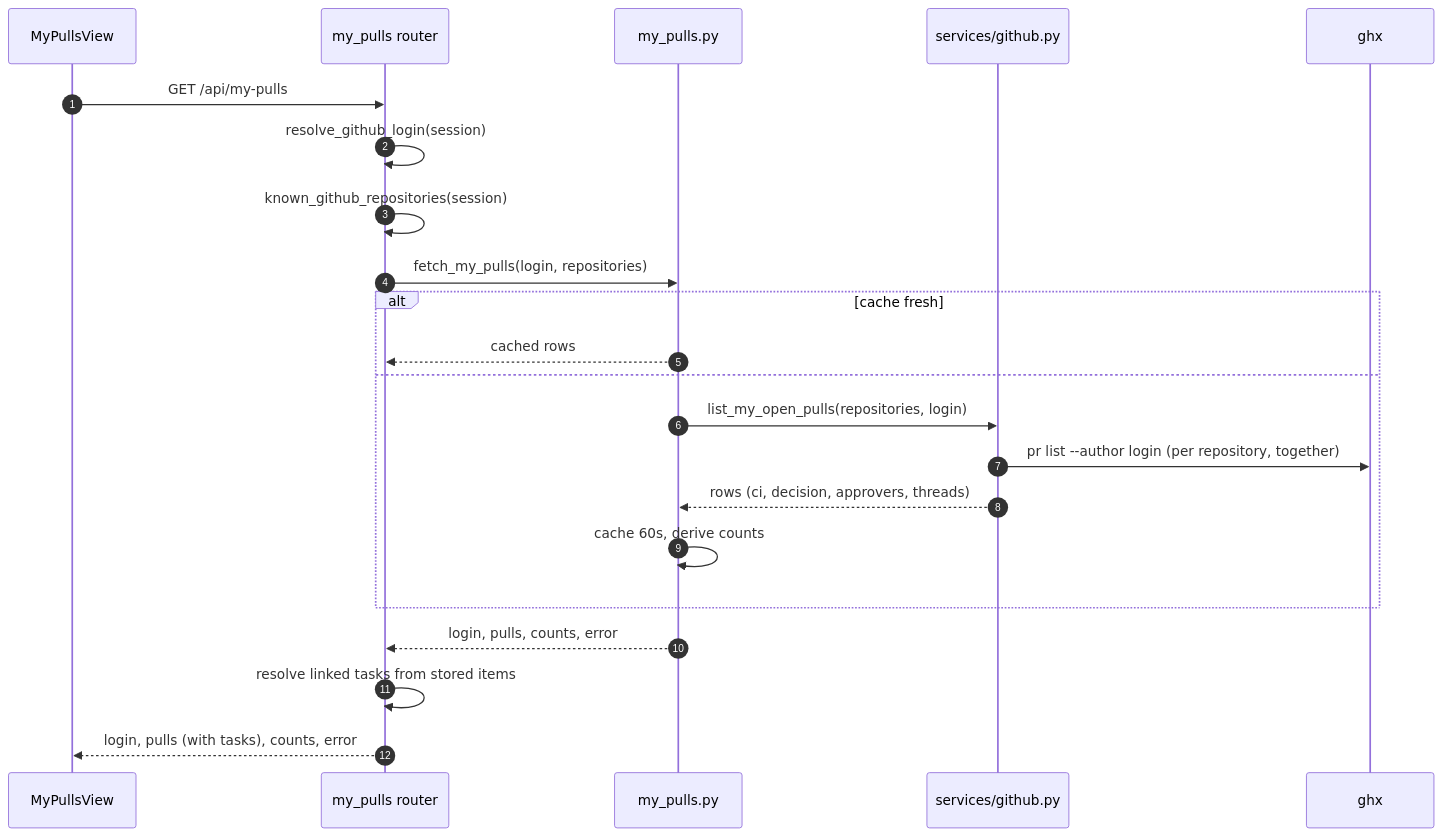
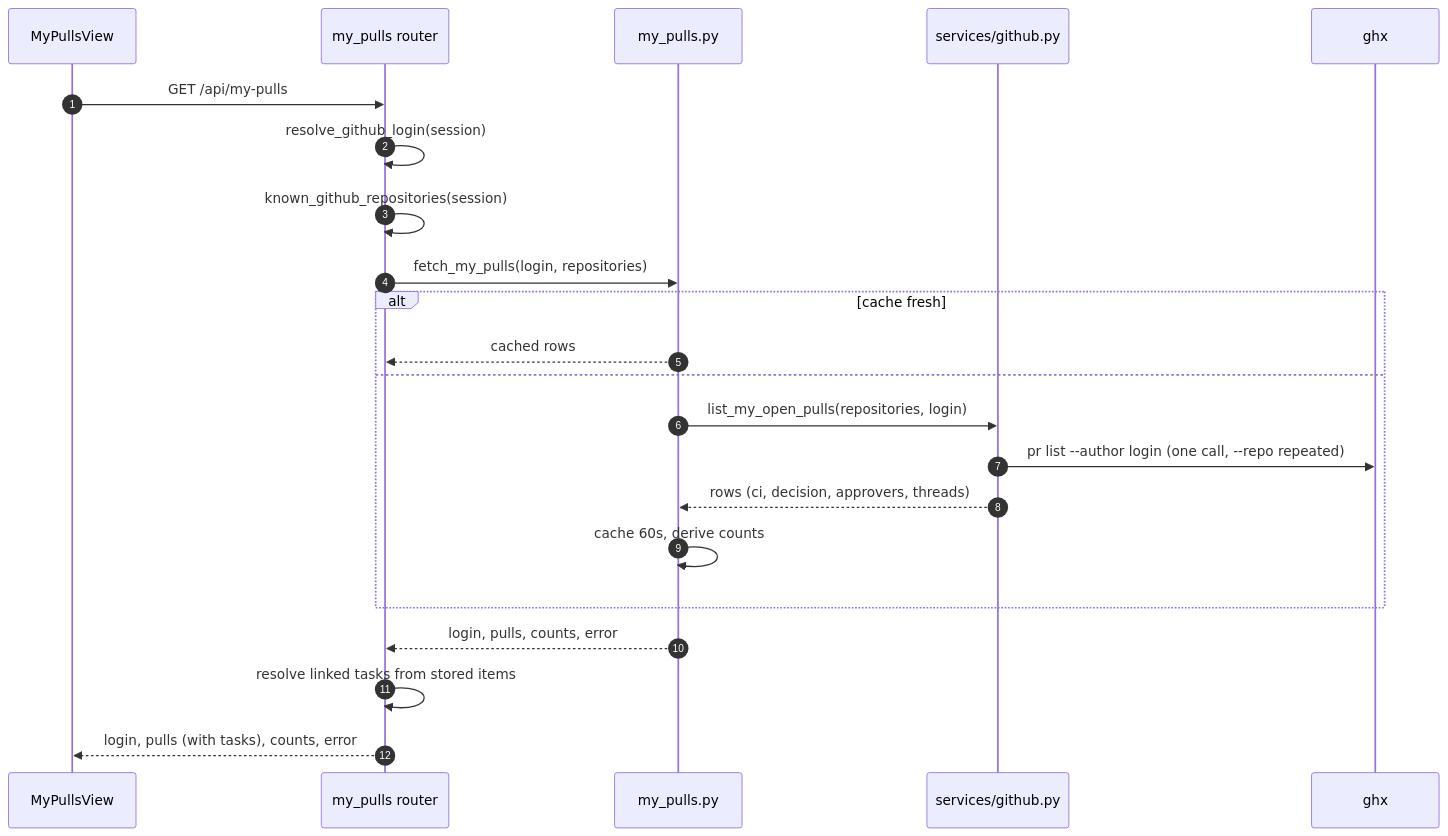
Before and after one commit to TomzxCode/agentic: the second of 5 diagrams in .sdlc/features/p24-github-integration/specification.md, drawn with Mermaid. The commit also changed other lines of this file and 10 other files, not shown here.

First line of the commit message:
feat(github): list every repository's pull requests in one ghx call

````diff
--- a/.sdlc/features/p24-github-integration/specification.md
+++ b/.sdlc/features/p24-github-integration/specification.md
@@ -99,24 +99,24 @@
 ```mermaid
 sequenceDiagram
     autonumber
     participant V as MyPullsView
     participant R as my_pulls router
     participant M as my_pulls.py
     participant S as services/github.py
     participant GH as ghx
     V->>R: GET /api/my-pulls
     R->>R: resolve_github_login(session)
     R->>R: known_github_repositories(session)
     R->>M: fetch_my_pulls(login, repositories)
     alt cache fresh
         M-->>R: cached rows
     else
         M->>S: list_my_open_pulls(repositories, login)
-        S->>GH: pr list --author login (per repository, together)
+        S->>GH: pr list --author login (one call, --repo repeated)
         S-->>M: rows (ci, decision, approvers, threads)
         M->>M: cache 60s, derive counts
     end
     M-->>R: login, pulls, counts, error
     R->>R: resolve linked tasks from stored items
     R-->>V: login, pulls (with tasks), counts, error
 ```
````
